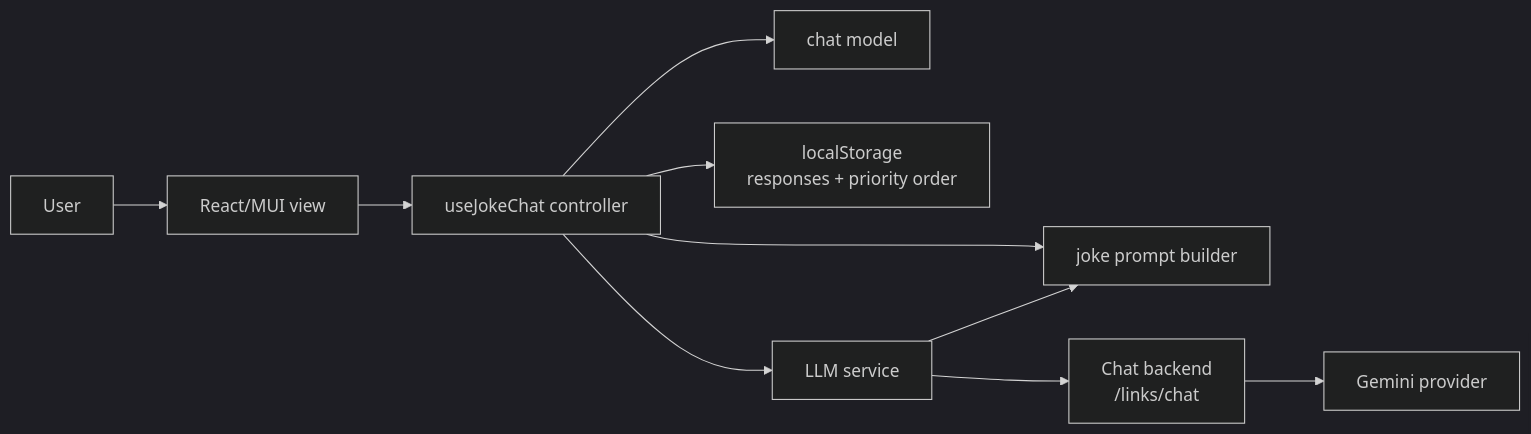
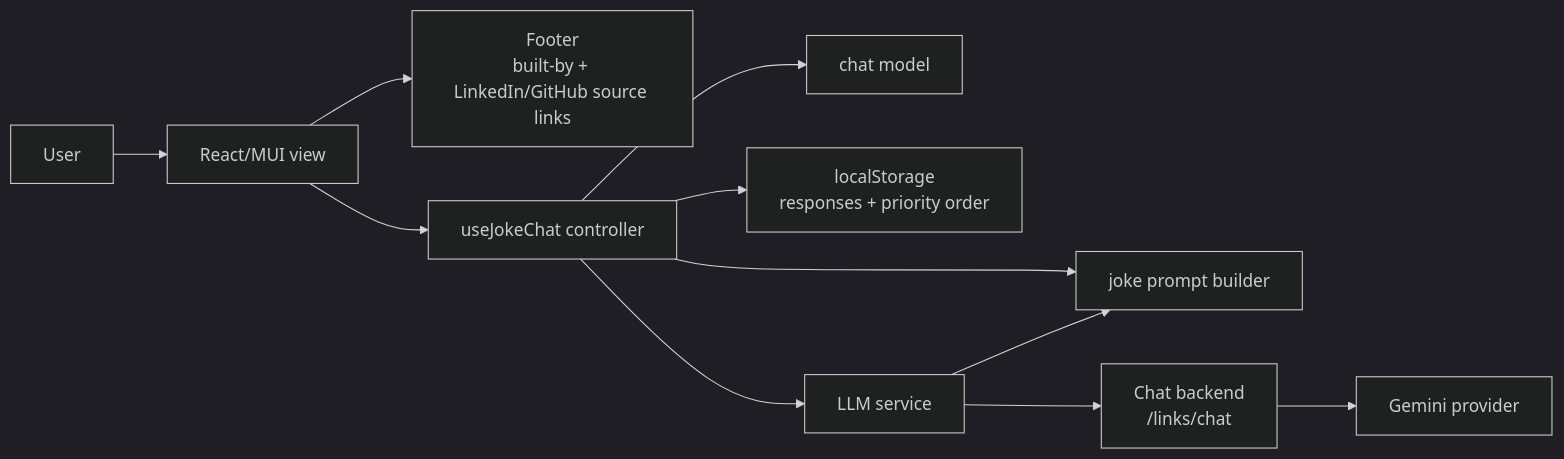
One commit to johnpfeiffer/joker changed the first of 2 diagrams in architecture.md. Above: the diagram before and after it, drawn with Mermaid (dark theme). The commit also changed other lines of this file and 6 other files, not shown here.

First line of the commit message:
add built-by footer and upgrade MUI to the latest v9

````diff
--- a/architecture.md
+++ b/architecture.md
@@ -5,12 +5,13 @@
 ```mermaid
 flowchart LR
   U["User"] --> V["React/MUI view"]
+  V --> FOOT["Footer<br/>built-by + LinkedIn/GitHub source links"]
   V --> C["useJokeChat controller"]
   C --> M["chat model"]
   C --> P["joke prompt builder"]
   C --> S["localStorage<br/>responses + priority order"]
   C --> L["LLM service"]
   L --> P
   L --> A["Chat backend<br/>/links/chat"]
   A --> G["Gemini provider"]
 ```
````
